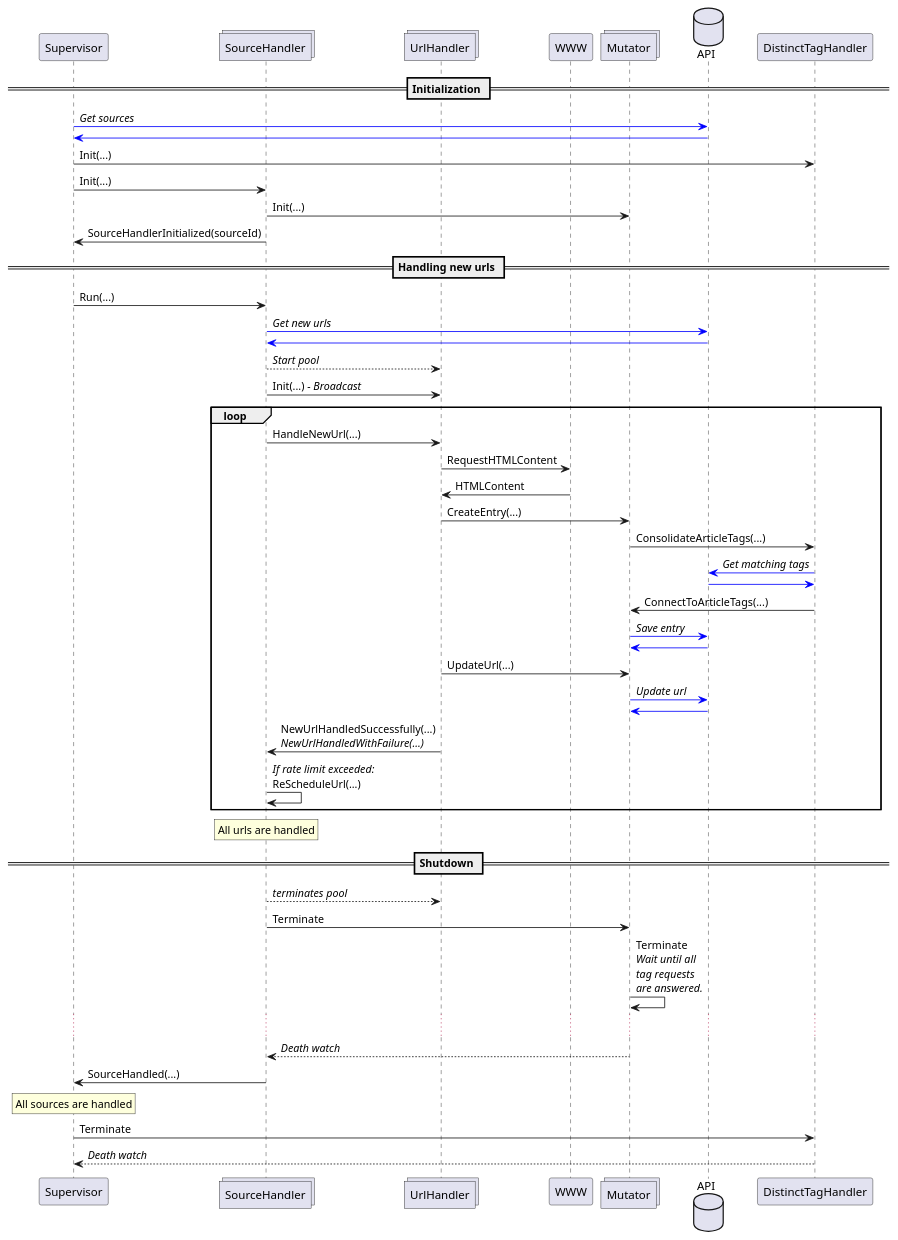
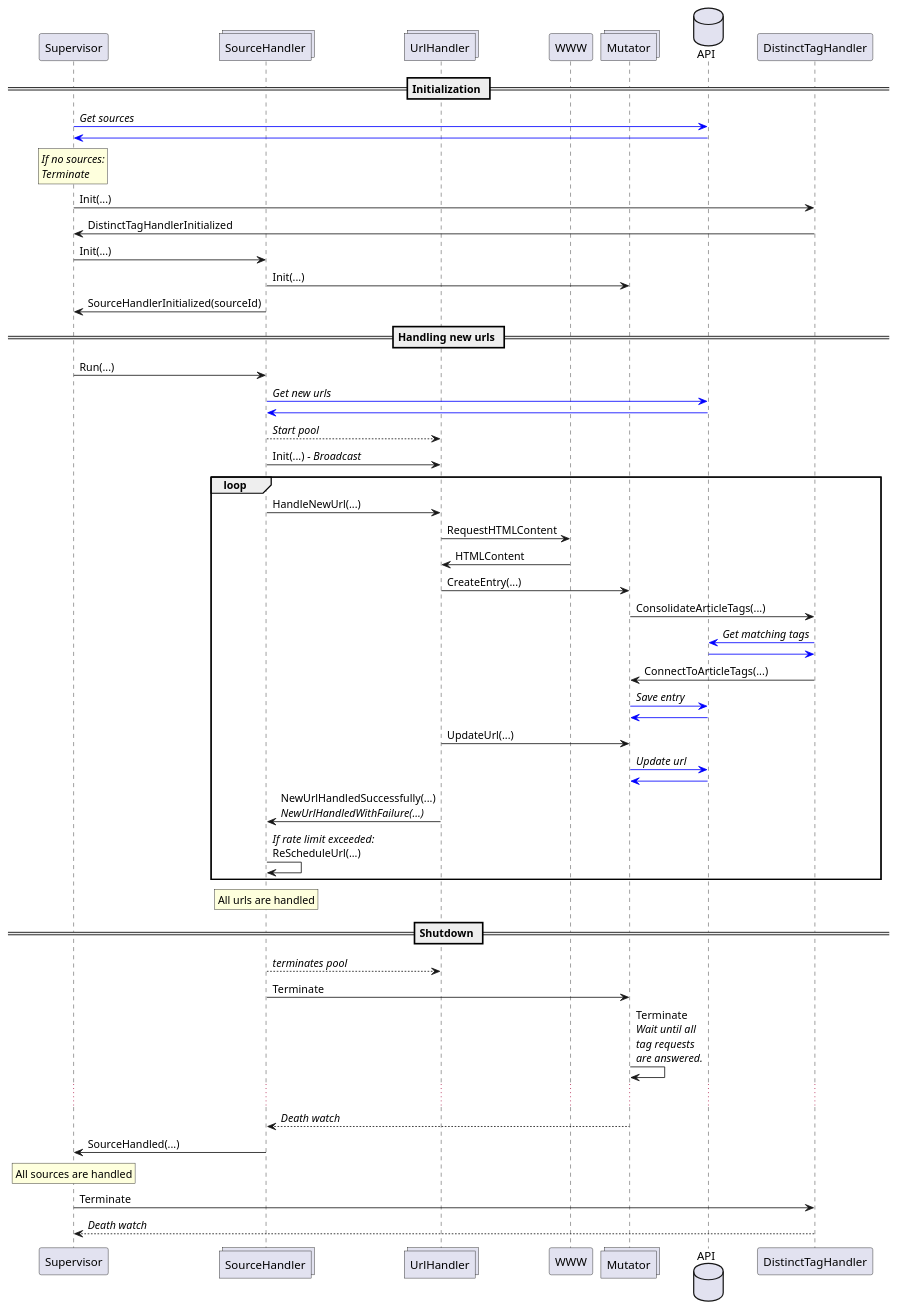
Before and after one commit to coverified/content_extractor: the diagram in doc/proto.puml, drawn with PlantUML. The commit also changed 5 other files, not shown here.

```diff
--- a/doc/proto.puml
+++ b/doc/proto.puml
@@ -1,72 +1,72 @@
 @startuml
 participant Supervisor
 collections SourceHandler
 collections UrlHandler
 participant WWW
 collections Mutator
 database API
 
-
 == Initialization ==
 Supervisor -[#blue]> API: //Get sources//
 API -[#blue]> Supervisor
+rnote over Supervisor: //If no sources://\n//Terminate//
 Supervisor -> DistinctTagHandler: Init(...)
-' TODO: Report Back from DistinctTagHandler
+DistinctTagHandler -> Supervisor: DistinctTagHandlerInitialized
 
 Supervisor -> SourceHandler: Init(...)
 SourceHandler -> Mutator: Init(...)
 ' TODO: Mutator reports back
 SourceHandler -> Supervisor: SourceHandlerInitialized(sourceId)
 
 == Handling new urls ==
 Supervisor -> SourceHandler: Run(...)
 SourceHandler -[#blue]> API: //Get new urls//
 ' TODO: Report back, if there are no new urls to handle
 API -[#blue]> SourceHandler
 SourceHandler --> UrlHandler: //Start pool//
 SourceHandler -> UrlHandler: Init(...) //- Broadcast//
 ' TODO: Report back from url handlers
 
 loop
 SourceHandler -> UrlHandler: HandleNewUrl(...)
 UrlHandler -> WWW: RequestHTMLContent
 WWW -> UrlHandler: HTMLContent
 
 UrlHandler -> Mutator: CreateEntry(...)
 Mutator -> DistinctTagHandler: ConsolidateArticleTags(...)
 DistinctTagHandler -[#blue]> API: //Get matching tags//
 API -[#blue]> DistinctTagHandler
 DistinctTagHandler -> Mutator: ConnectToArticleTags(...)
 Mutator -[#blue]> API: //Save entry//
 API -[#blue]> Mutator
 ' TODO: Feed back about handled entry
 UrlHandler -> Mutator: UpdateUrl(...)
 Mutator -[#blue]> API: //Update url//
 API -[#blue]> Mutator
 ' TODO: Feed back about handled url
 UrlHandler -> SourceHandler: NewUrlHandledSuccessfully(...)\n//NewUrlHandledWithFailure(...)//
 
 SourceHandler -> SourceHandler: //If rate limit exceeded://\nReScheduleUrl(...)
 end loop
 
 rnote over SourceHandler
     All urls are handled
 endrnote
 
 == Shutdown ==
 
 SourceHandler --> UrlHandler: //terminates pool//
 SourceHandler -> Mutator: Terminate
 Mutator -> Mutator: Terminate\n//Wait until all//\n//tag requests//\n//are answered.//
 ...
 Mutator --> SourceHandler: //Death watch//
 
 SourceHandler -> Supervisor:SourceHandled(...)
 
 rnote over Supervisor
     All sources are handled
 endrnote
 Supervisor -> DistinctTagHandler: Terminate
 DistinctTagHandler --> Supervisor: //Death watch//
 
 @enduml
```
